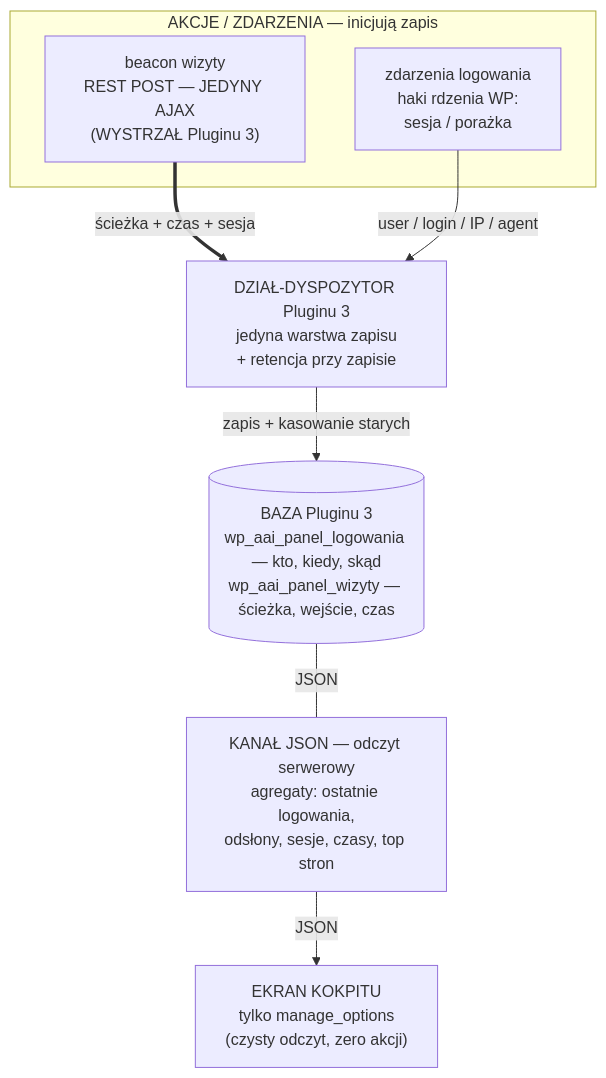
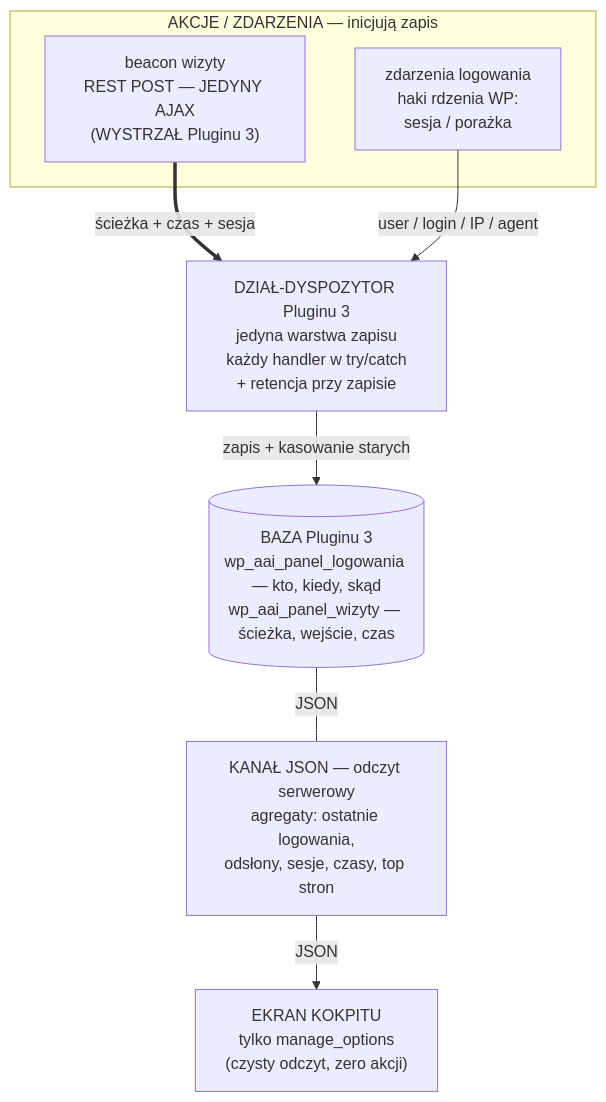
One commit to krzysiek2115op/aai-platforma-szkolen changed the first of 3 diagrams in docs/plugin-3/DIAGRAM.md. Above: the diagram before and after it, drawn with Mermaid. The commit also changed other lines of this file and 1 other file, not shown here.

First line of the commit message:
Schemat Pluginu 3 przechodzi krytykę: timer wizyt był nie do udowodnienia

````diff
--- a/docs/plugin-3/DIAGRAM.md
+++ b/docs/plugin-3/DIAGRAM.md
@@ -54,21 +91,21 @@
 ```mermaid
 flowchart TB
     subgraph AKCJE["AKCJE / ZDARZENIA — inicjują zapis"]
         W1["beacon wizyty<br/>REST POST — JEDYNY AJAX<br/>(WYSTRZAŁ Pluginu 3)"]
         W2["zdarzenia logowania<br/>haki rdzenia WP:<br/>sesja / porażka"]
     end
 
-    DZIAL["DZIAŁ-DYSPOZYTOR Pluginu 3<br/>jedyna warstwa zapisu<br/>+ retencja przy zapisie"]
+    DZIAL["DZIAŁ-DYSPOZYTOR Pluginu 3<br/>jedyna warstwa zapisu<br/>każdy handler w try/catch<br/>+ retencja przy zapisie"]
 
     BAZA[("BAZA Pluginu 3<br/>wp_aai_panel_logowania — kto, kiedy, skąd<br/>wp_aai_panel_wizyty — ścieżka, wejście, czas")]
 
     KANAL["KANAŁ JSON — odczyt serwerowy<br/>agregaty: ostatnie logowania,<br/>odsłony, sesje, czasy, top stron"]
 
     S1["EKRAN KOKPITU<br/>tylko manage_options<br/>(czysty odczyt, zero akcji)"]
 
     W1 ==>|"ścieżka + czas + sesja"| DZIAL
     W2 -->|"user / login / IP / agent"| DZIAL
     DZIAL -->|"zapis + kasowanie starych"| BAZA
     BAZA ---|"JSON"| KANAL
     KANAL -->|"JSON"| S1
 ```
````
